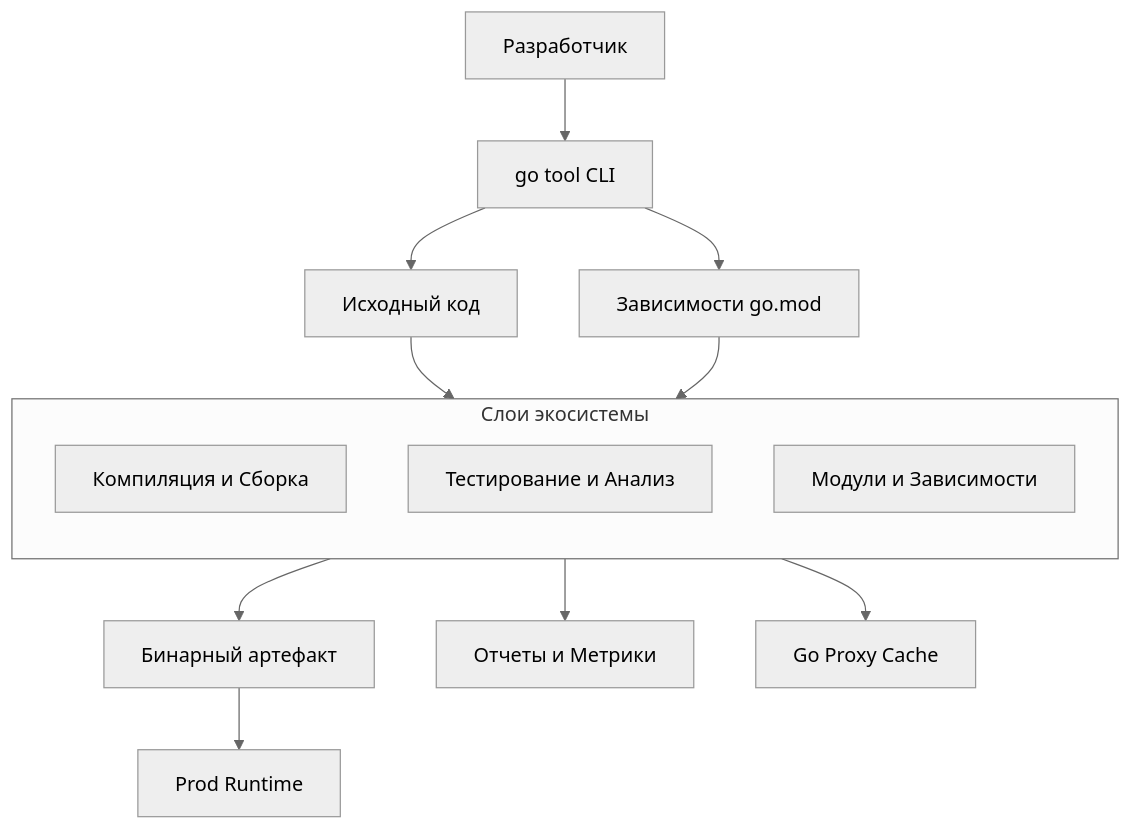
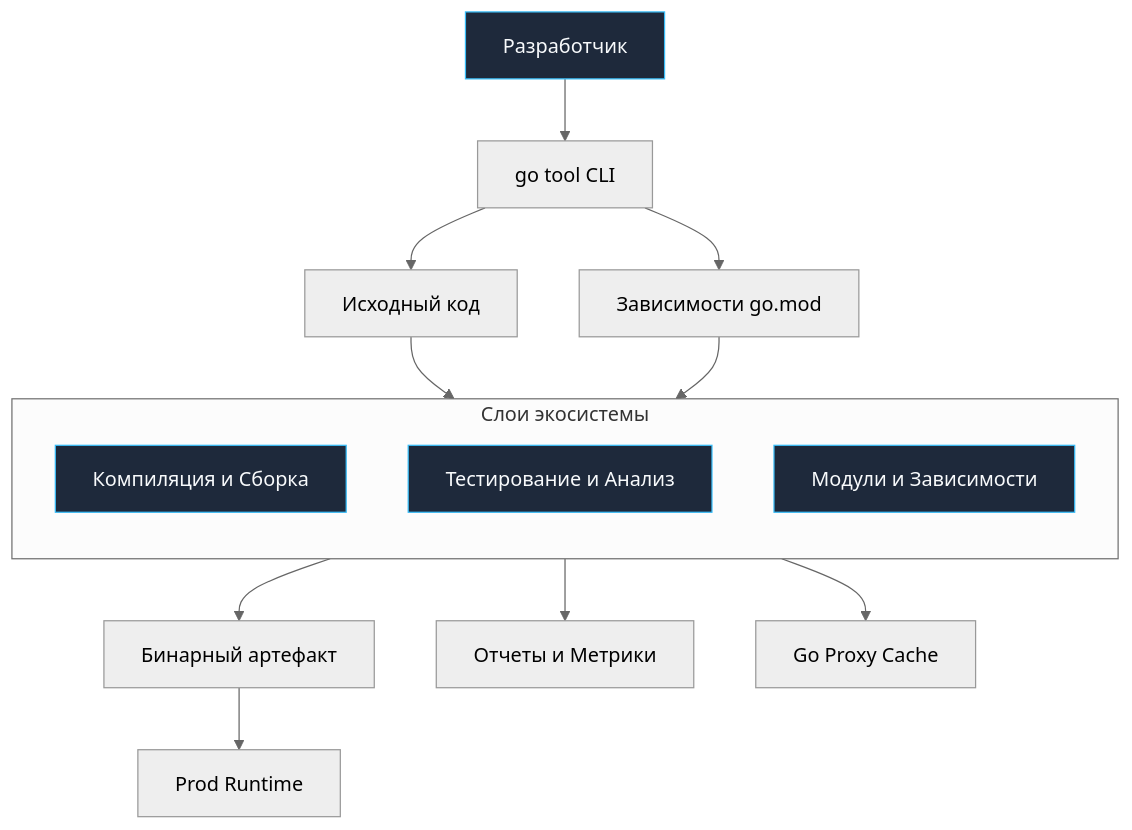
One commit to UnrealTemplier/go-textbook changed the diagram in sources/8. Инфраструктура языка, Тулинг и CI_CD/1. Обзор раздела. Экосистема инструментов Go.md. Above: the diagram before and after it, drawn with Mermaid (neutral theme). The commit also changed 1666 other files, not shown here.

First line of the commit message:
feat(mermaid): add semantic color classDef to 1369 colorless flowchart/graph diagrams

````diff
--- a/sources/8. Инфраструктура языка, Тулинг и CI_CD/1. Обзор раздела. Экосистема инструментов Go.md
+++ b/sources/8. Инфраструктура языка, Тулинг и CI_CD/1. Обзор раздела. Экосистема инструментов Go.md
@@ -20,23 +20,33 @@
 ```mermaid
 flowchart TD
-    A["Разработчик"] --> B["go tool CLI"]
+    classDef process  fill:#1e293b,stroke:#38bdf8,stroke-width:1px,color:#f8fafc
+    classDef success  fill:#064e3b,stroke:#34d399,stroke-width:1px,color:#f8fafc
+    classDef error    fill:#7f1d1d,stroke:#f87171,stroke-width:1px,color:#f8fafc
+    classDef warning  fill:#78350f,stroke:#fbbf24,stroke-width:1px,color:#f8fafc
+    classDef entry    fill:#1e3a5f,stroke:#38bdf8,stroke-width:2px,color:#f8fafc
+    classDef aux      fill:#334155,stroke:#64748b,stroke-width:1px,color:#f8fafc
+    classDef system   fill:#312e81,stroke:#a78bfa,stroke-width:1px,color:#f8fafc
+    classDef data     fill:#132d29,stroke:#2dd4bf,stroke-width:1px,color:#f8fafc
+    classDef network  fill:#881337,stroke:#fb7185,stroke-width:1px,color:#f8fafc
+    classDef accent   fill:#1e1b4b,stroke:#818cf8,stroke-width:1px,color:#f8fafc
+    A["Разработчик"]:::process --> B["go tool CLI"]
     
     B --> C["Исходный код"]
     B --> D["Зависимости go.mod"]
     
     subgraph Toolchain ["Слои экосистемы"]
         direction TB
-        E["Компиляция и Сборка"]
-        F["Тестирование и Анализ"]
-        G["Модули и Зависимости"]
+        E["Компиляция и Сборка"]:::process
+        F["Тестирование и Анализ"]:::process
+        G["Модули и Зависимости"]:::process
     end
     
     C --> E
     D --> G
     
     E --> H["Бинарный артефакт"]
     F --> I["Отчеты и Метрики"]
     G --> J["Go Proxy Cache"]
     
     H --> K["Prod Runtime"]
 ```
````
